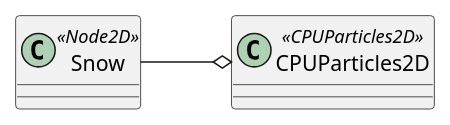
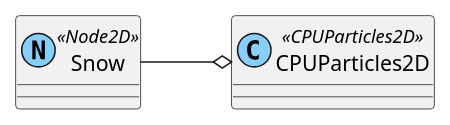
One commit to tkmfujise/Platformer-Game-Learning changed the diagram in content/scenes/src/stages/weather/snow/snow.tscn.adoc. Above: the diagram before and after it, drawn with PlantUML. The commit also changed 69 other files, not shown here.

Commit message:
Change scene diagram class color

```diff
--- a/content/scenes/src/stages/weather/snow/snow.tscn.adoc
+++ b/content/scenes/src/stages/weather/snow/snow.tscn.adoc
@@ -9,10 +9,10 @@
 [plantuml]
 ....
-class ROOT as "Snow" <<Node2D>> {
+class ROOT as "Snow" <<(N,lightskyblue) Node2D>> {
 }
-class CPUParticles2D as "CPUParticles2D" <<CPUParticles2D>> {
+class CPUParticles2D as "CPUParticles2D" <<(C,lightskyblue) CPUParticles2D>> {
 }
 ROOT --o CPUParticles2D
 left to right direction
 
 ....
```
